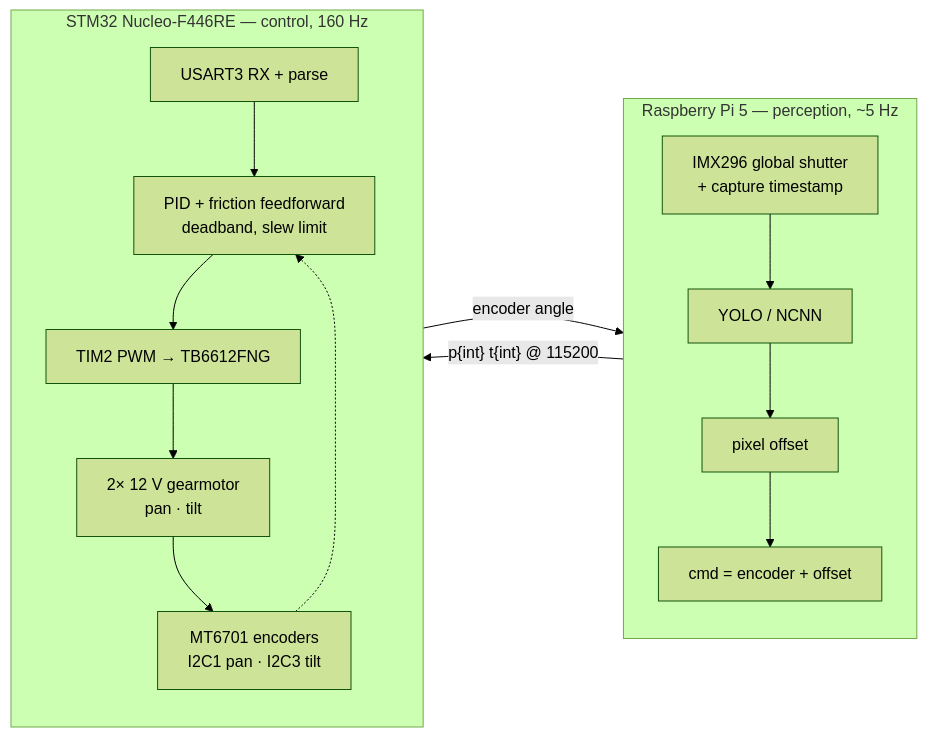
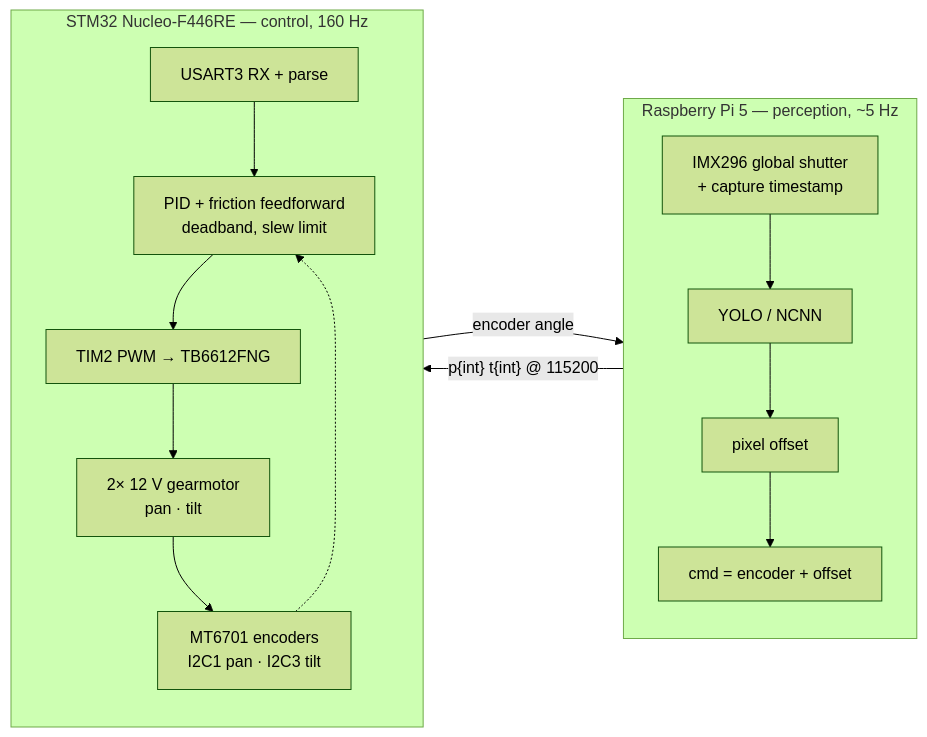
The diagram in README.md (sam-lindwall/turret-v2), drawn with Mermaid (forest theme) before and after one commit. The commit also changed other lines of this file, not shown here.

Commit message:
Revise architecture diagram in README
Updated architecture diagram to include connection between Raspberry Pi and STM32.

````diff
--- a/README.md
+++ b/README.md
@@ -18,27 +18,24 @@
 ```mermaid
 flowchart LR
-    PI ~~~ STM
     subgraph PI["Raspberry Pi 5 — perception, ~5 Hz"]
         direction TB
         CAM["IMX296 global shutter<br/>+ capture timestamp"]
         YOLO["YOLO / NCNN"]
         OFF["pixel offset"]
         CMD["cmd = encoder + offset"]
         CAM --> YOLO --> OFF --> CMD
     end
-
     subgraph STM["STM32 Nucleo-F446RE — control, 160 Hz"]
         direction TB
         RX["USART3 RX + parse"]
         LOOP["PID + friction feedforward<br/>deadband, slew limit"]
         PWM["TIM2 PWM → TB6612FNG"]
         MOT["2× 12 V gearmotor<br/>pan · tilt"]
         ENC["MT6701 encoders<br/>I2C1 pan · I2C3 tilt"]
         RX --> LOOP --> PWM --> MOT --> ENC
         ENC -.-> LOOP
     end
-
+    PI ~~~ STM
     CMD -- "p{int} t{int} @ 115200" --> RX
     ENC -- "encoder angle" --> CMD
-    CMD ~~~ RX
 ```
````
